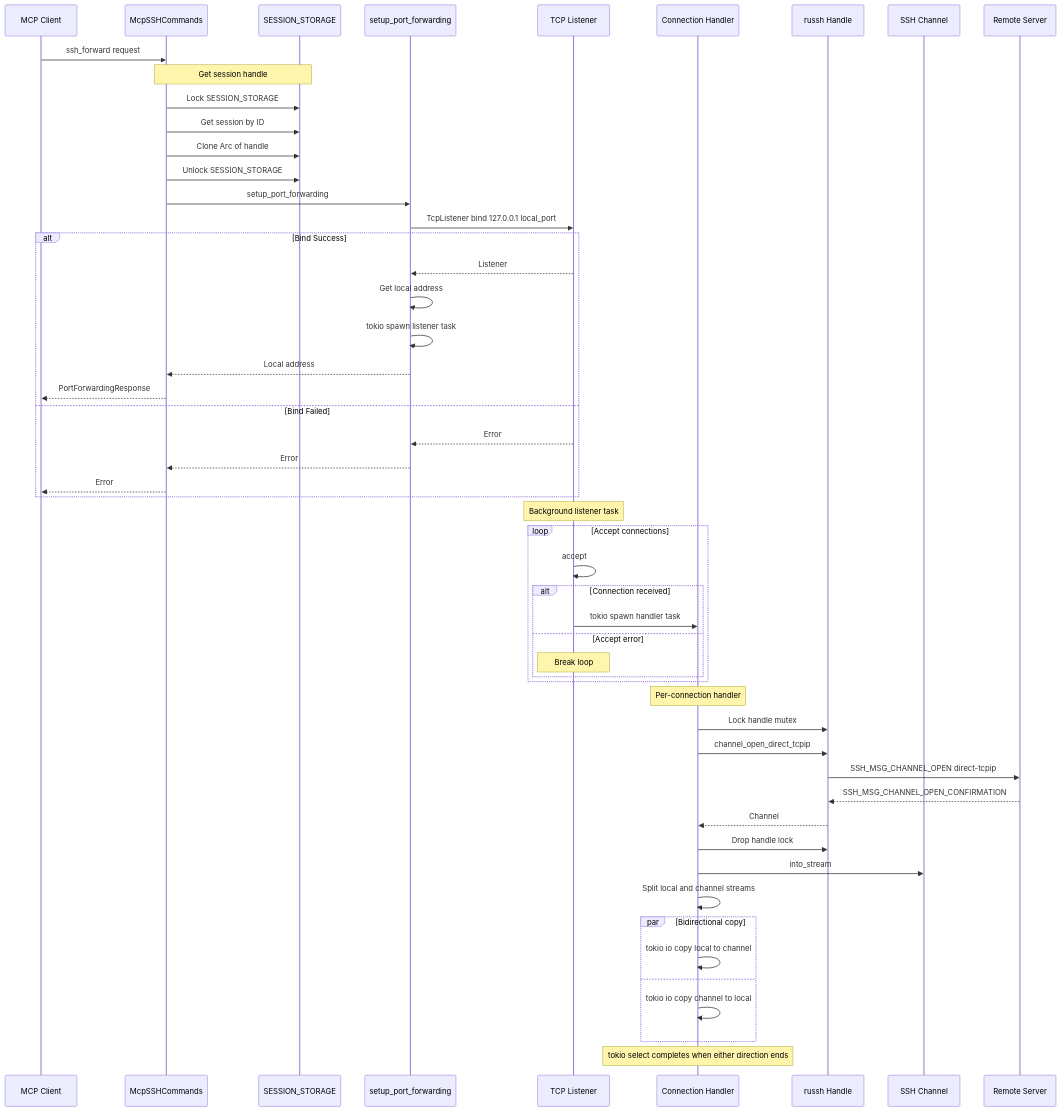
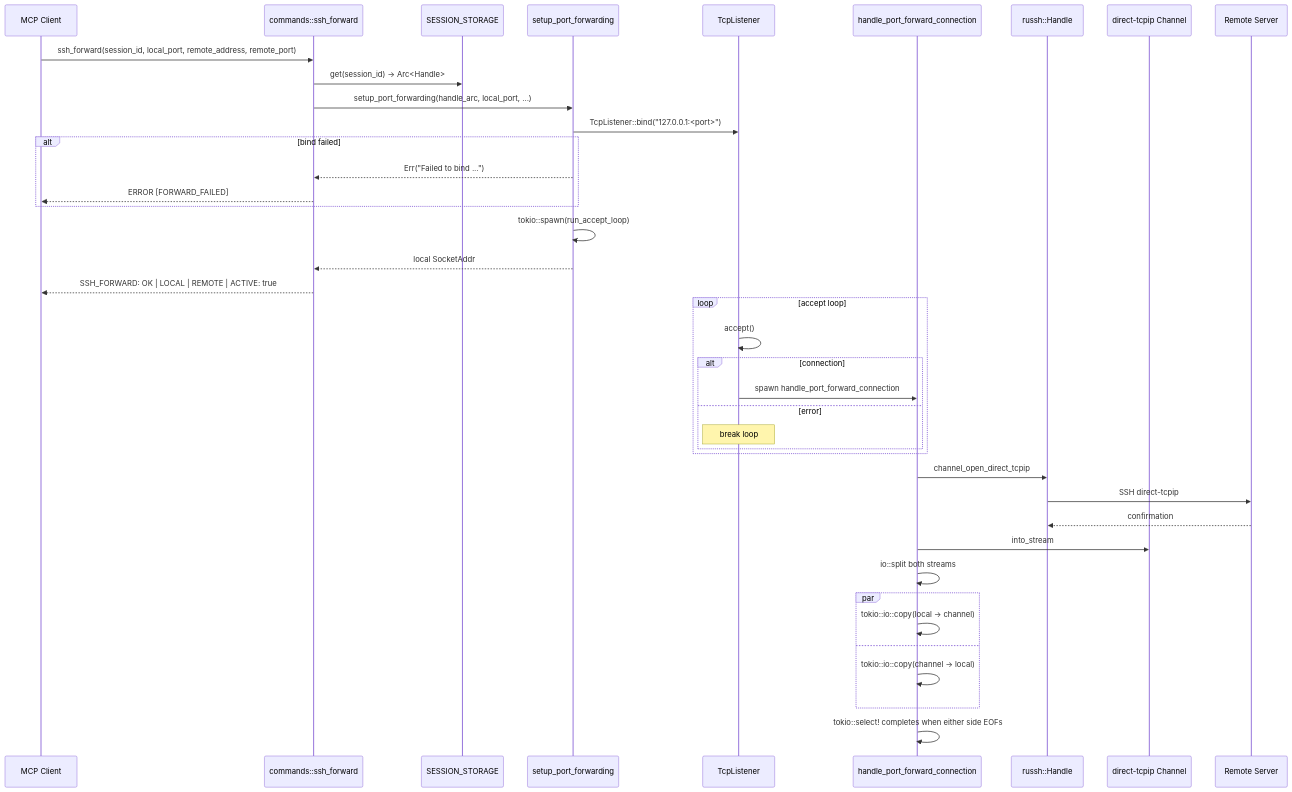
One commit to farchanjo/ssh-mcp changed diagram 19 of 24 in docs/FLOWS.md. Above: the diagram before and after it, drawn with Mermaid. The commit also changed other lines of this file and 5 other files, not shown here.

````diff
--- a/docs/FLOWS.md
+++ b/docs/FLOWS.md
@@ -957,66 +862,47 @@
 ```mermaid
 sequenceDiagram
     participant Client as MCP Client
-    participant Cmd as McpSSHCommands
-    participant Store as SESSION_STORAGE
-    participant Fwd as setup_port_forwarding
-    participant Listener as TCP Listener
-    participant Handler as Connection Handler
-    participant Handle as russh Handle
-    participant Channel as SSH Channel
+    participant Cmd as commands::ssh_forward
+    participant Session as SESSION_STORAGE
+    participant Setup as setup_port_forwarding
+    participant Listener as TcpListener
+    participant Handler as handle_port_forward_connection
+    participant Handle as russh::Handle
+    participant Channel as direct-tcpip Channel
     participant Remote as Remote Server
 
-    Client->>Cmd: ssh_forward request
+    Client->>Cmd: ssh_forward(session_id, local_port, remote_address, remote_port)
+    Cmd->>Session: get(session_id) -> Arc<Handle>
+    Cmd->>Setup: setup_port_forwarding(handle_arc, local_port, ...)
 
-    Note over Cmd,Store: Get session handle
-    Cmd->>Store: Lock SESSION_STORAGE
-    Cmd->>Store: Get session by ID
-    Cmd->>Store: Clone Arc of handle
-    Cmd->>Store: Unlock SESSION_STORAGE
-
-    Cmd->>Fwd: setup_port_forwarding
-
-    Fwd->>Listener: TcpListener bind 127.0.0.1 local_port
-    alt Bind Success
-        Listener-->>Fwd: Listener
-        Fwd->>Fwd: Get local address
-        Fwd->>Fwd: tokio spawn listener task
-        Fwd-->>Cmd: Local address
-        Cmd-->>Client: PortForwardingResponse
-    else Bind Failed
-        Listener-->>Fwd: Error
-        Fwd-->>Cmd: Error
-        Cmd-->>Client: Error
+    Setup->>Listener: TcpListener::bind("127.0.0.1:<port>")
+    alt bind failed
+        Setup-->>Cmd: Err("Failed to bind ...")
+        Cmd-->>Client: ERROR [FORWARD_FAILED]
     end
 
-    Note over Listener: Background listener task
+    Setup->>Setup: tokio::spawn(run_accept_loop)
+    Setup-->>Cmd: local SocketAddr
+    Cmd-->>Client: SSH_FORWARD: OK | LOCAL | REMOTE | ACTIVE: true
 
-    loop Accept connections
-        Listener->>Listener: accept
-        alt Connection received
-            Listener->>Handler: tokio spawn handler task
-        else Accept error
-            Note over Listener: Break loop
+    loop accept loop
+        Listener->>Listener: accept()
+        alt connection
+            Listener->>Handler: spawn handle_port_forward_connection
+        else error
+            Note over Listener: break loop
         end
     end
 
-    Note over Handler: Per-connection handler
-
-    Handler->>Handle: Lock handle mutex
     Handler->>Handle: channel_open_direct_tcpip
-    Handle->>Remote: SSH_MSG_CHANNEL_OPEN direct-tcpip
-    Remote-->>Handle: SSH_MSG_CHANNEL_OPEN_CONFIRMATION
-    Handle-->>Handler: Channel
-    Handler->>Handle: Drop handle lock
-
+    Handle->>Remote: SSH direct-tcpip
+    Remote-->>Handle: confirmation
     Handler->>Channel: into_stream
-    Handler->>Handler: Split local and channel streams
-
-    par Bidirectional copy
-        Handler->>Handler: tokio io copy local to channel
+    Handler->>Handler: io::split both streams
+    par
+        Handler->>Handler: tokio::io::copy(local -> channel)
     and
-        Handler->>Handler: tokio io copy channel to local
+        Handler->>Handler: tokio::io::copy(channel -> local)
     end
-
-    Note over Handler: tokio select completes when either direction ends
+    Handler->>Handler: tokio::select! completes when either side EOFs
 ```
````
